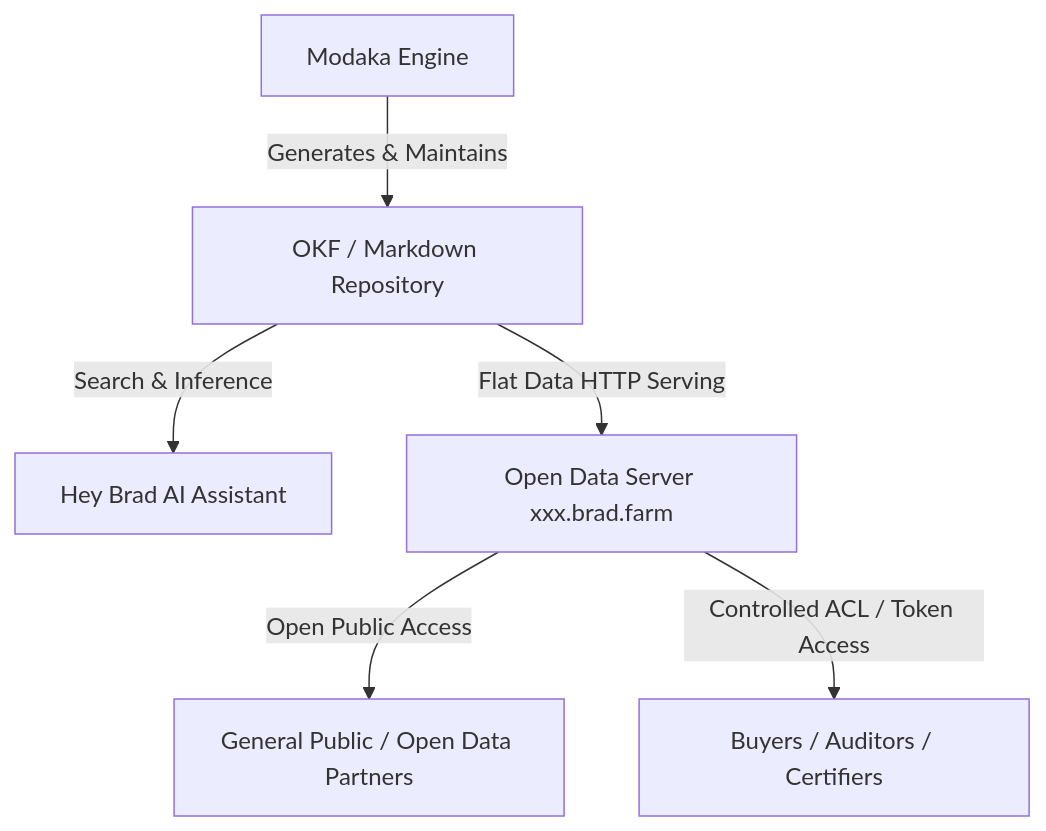
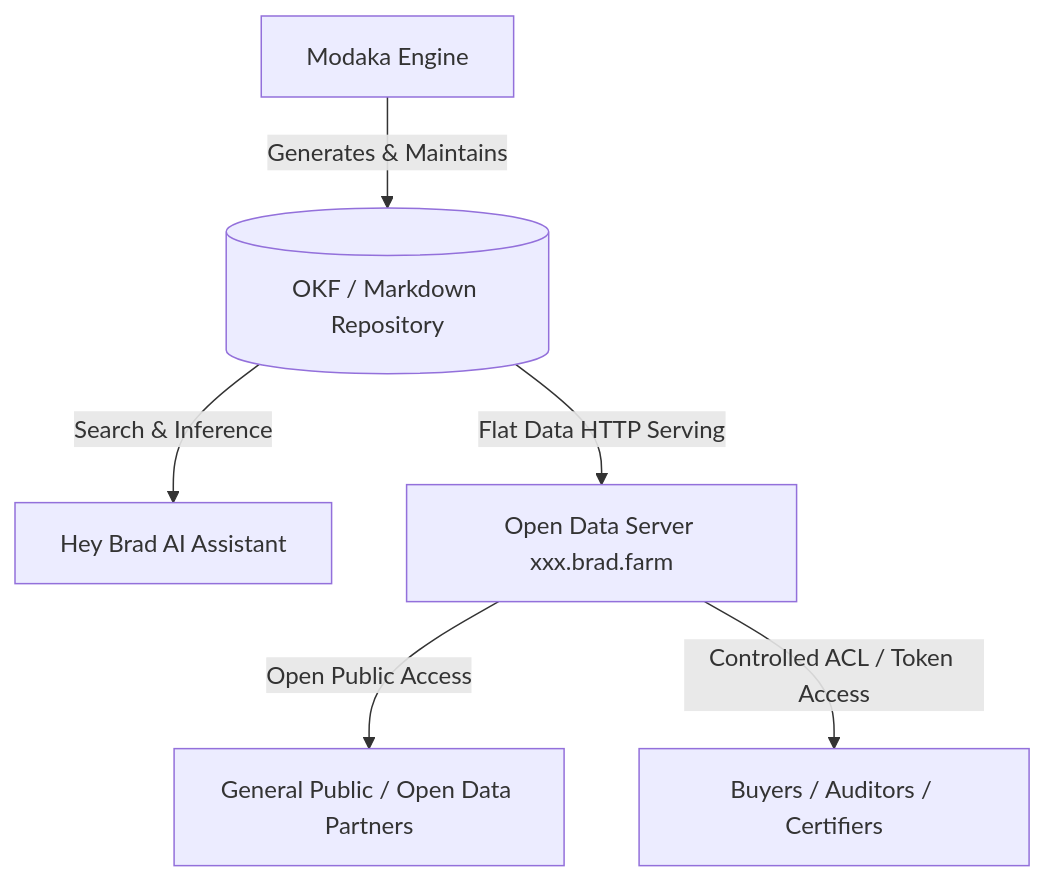
One commit to bradtech-oss/stack changed the diagram in docs/architecture/HEY_BRAD_AI_CORE.md. Above: the diagram before and after it, drawn with Mermaid. The commit also changed other lines of this file and 23 other files, not shown here.

Commit message:
docs: add standardized previous/next navigation links and README returns across all 24 architecture documents

````diff
--- a/docs/architecture/HEY_BRAD_AI_CORE.md
+++ b/docs/architecture/HEY_BRAD_AI_CORE.md
@@ -36,10 +35,10 @@
 ```mermaid
 graph TD
-    Modaka[Modaka Engine] -->|Generates & Maintains| OKFRepo[OKF / Markdown Repository]
+    Modaka["Modaka Engine"] -->|Generates & Maintains| OKFRepo[("OKF / Markdown Repository")]
     
-    OKFRepo -->|Search & Inference| HeyBrad[Hey Brad AI Assistant]
-    OKFRepo -->|Flat Data HTTP Serving| Server[Open Data Server xxx.brad.farm]
+    OKFRepo -->|Search & Inference| HeyBrad["Hey Brad AI Assistant"]
+    OKFRepo -->|Flat Data HTTP Serving| Server["Open Data Server xxx.brad.farm"]
     
-    Server -->|Open Public Access| Public[General Public / Open Data Partners]
-    Server -->|Controlled ACL / Token Access| Restricted[Buyers / Auditors / Certifiers]
+    Server -->|Open Public Access| Public["General Public / Open Data Partners"]
+    Server -->|Controlled ACL / Token Access| Restricted["Buyers / Auditors / Certifiers"]
 ```
````
